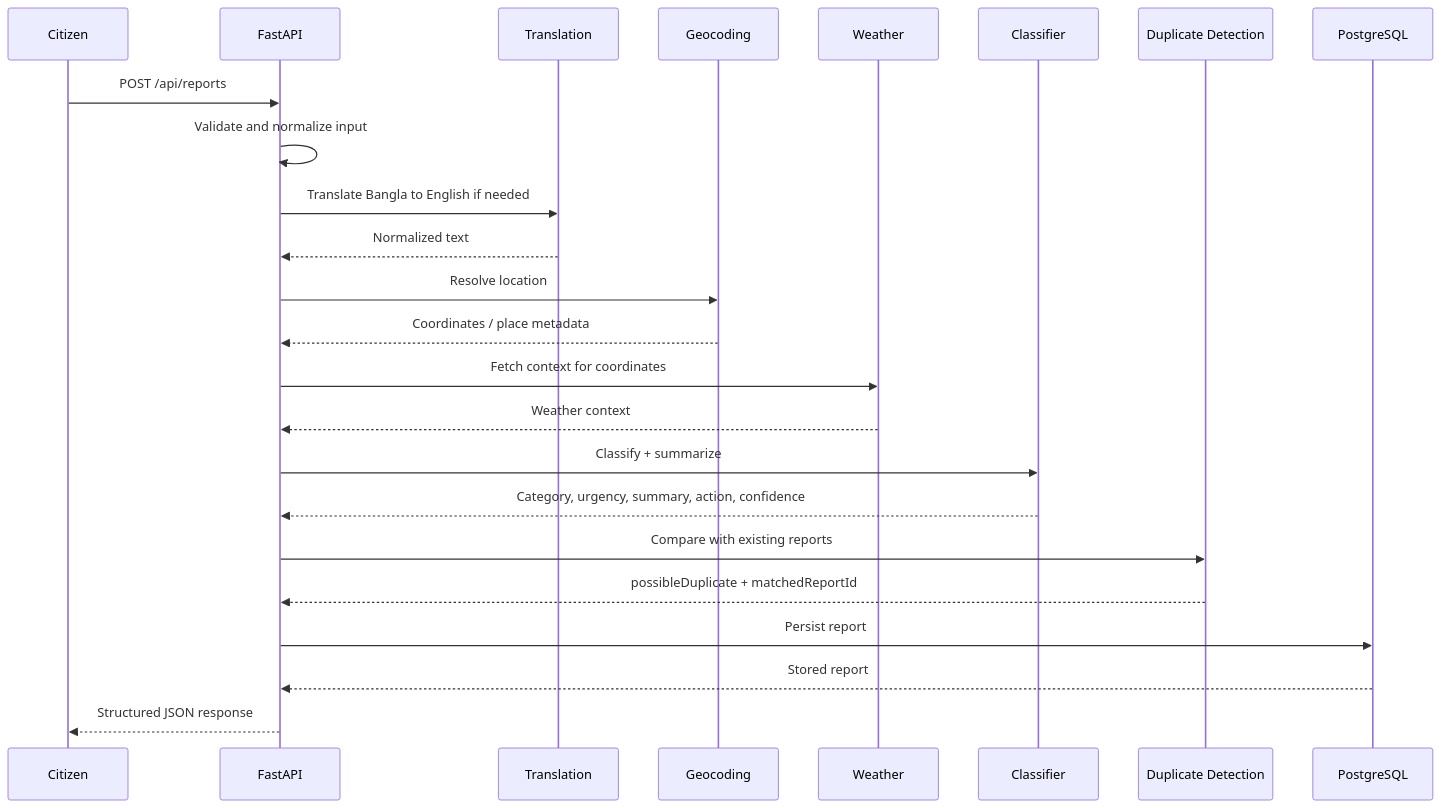
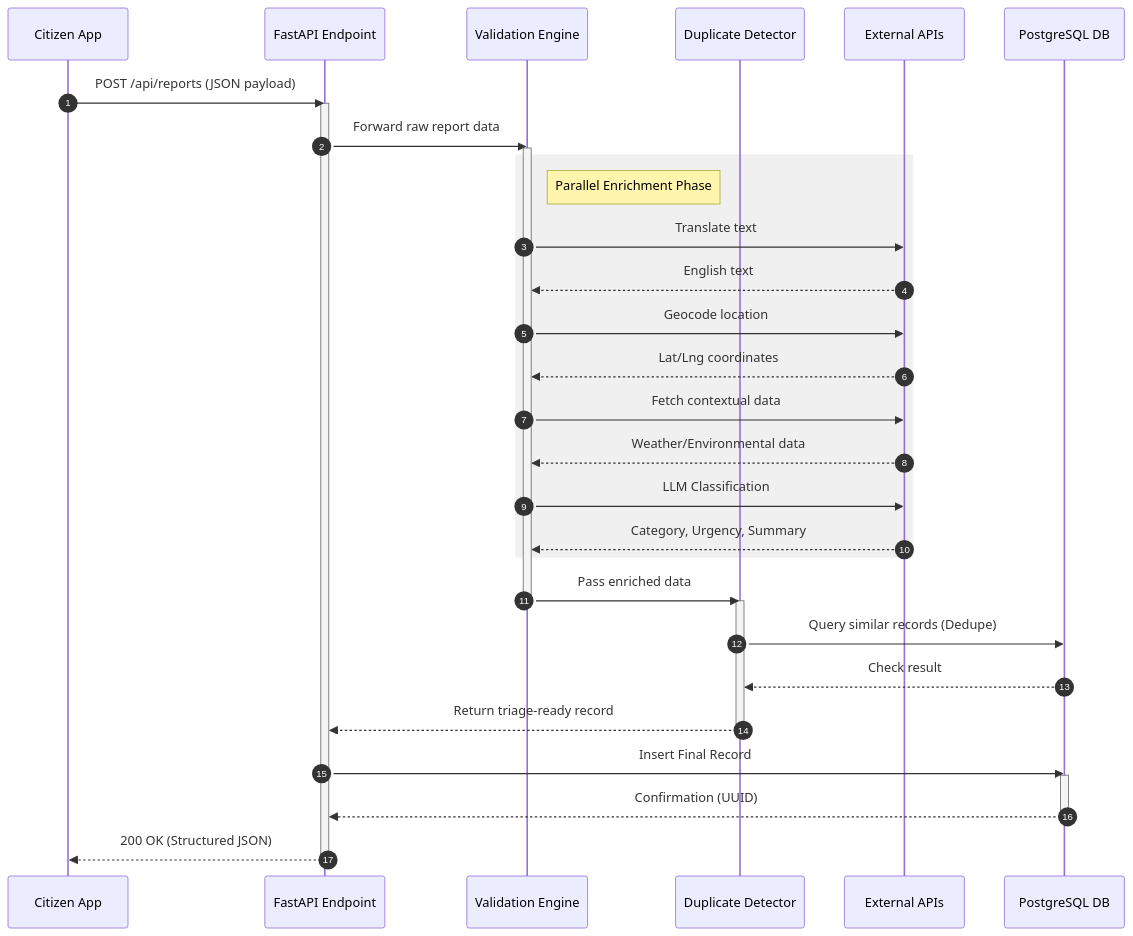
Before and after one commit to Sajibv1/CrisisDesk-AI-: the second of 3 diagrams in README.md, drawn with Mermaid.

Commit message:
diagraam edited

````diff
--- a/README.md
+++ b/README.md
@@ -78,27 +78,47 @@
 ```mermaid
 sequenceDiagram
-  participant C as Citizen
-  participant A as FastAPI
-  participant T as Translation
-  participant G as Geocoding
-  participant W as Weather
-  participant L as Classifier
-  participant D as Duplicate Detection
-  participant P as PostgreSQL
+    autonumber
+    
+    participant Client as Citizen App
+    participant API as FastAPI Endpoint
+    participant Engine as Validation Engine
+    participant Dup as Duplicate Detector
+    participant Ext as External APIs
+    participant DB as PostgreSQL DB
 
-  C->>A: POST /api/reports
-  A->>A: Validate and normalize input
-  A->>T: Translate Bangla to English if needed
-  T-->>A: Normalized text
-  A->>G: Resolve location
-  G-->>A: Coordinates / place metadata
-  A->>W: Fetch context for coordinates
-  W-->>A: Weather context
-  A->>L: Classify + summarize
-  L-->>A: Category, urgency, summary, action, confidence
-  A->>D: Compare with existing reports
-  D-->>A: possibleDuplicate + matchedReportId
-  A->>P: Persist report
-  P-->>A: Stored report
-  A-->>C: Structured JSON response
+    Client->>API: POST /api/reports (JSON payload)
+    activate API
+    
+    API->>Engine: Forward raw report data
+    activate Engine
+    
+    rect rgb(240, 240, 240)
+        Note right of Engine: Parallel Enrichment Phase
+        Engine->>Ext: Translate text
+        Ext-->>Engine: English text
+        Engine->>Ext: Geocode location
+        Ext-->>Engine: Lat/Lng coordinates
+        Engine->>Ext: Fetch contextual data
+        Ext-->>Engine: Weather/Environmental data
+        Engine->>Ext: LLM Classification
+        Ext-->>Engine: Category, Urgency, Summary
+    end
+    
+    Engine->>Dup: Pass enriched data
+    activate Dup
+    deactivate Engine
+    
+    Dup->>DB: Query similar records (Dedupe)
+    DB-->>Dup: Check result
+    Dup-->>API: Return triage-ready record
+    deactivate Dup
+    
+    API->>DB: Insert Final Record
+    activate DB
+    DB-->>API: Confirmation (UUID)
+    deactivate DB
+    
+    API-->>Client: 200 OK (Structured JSON)
+    deactivate API
+
 ```
````
